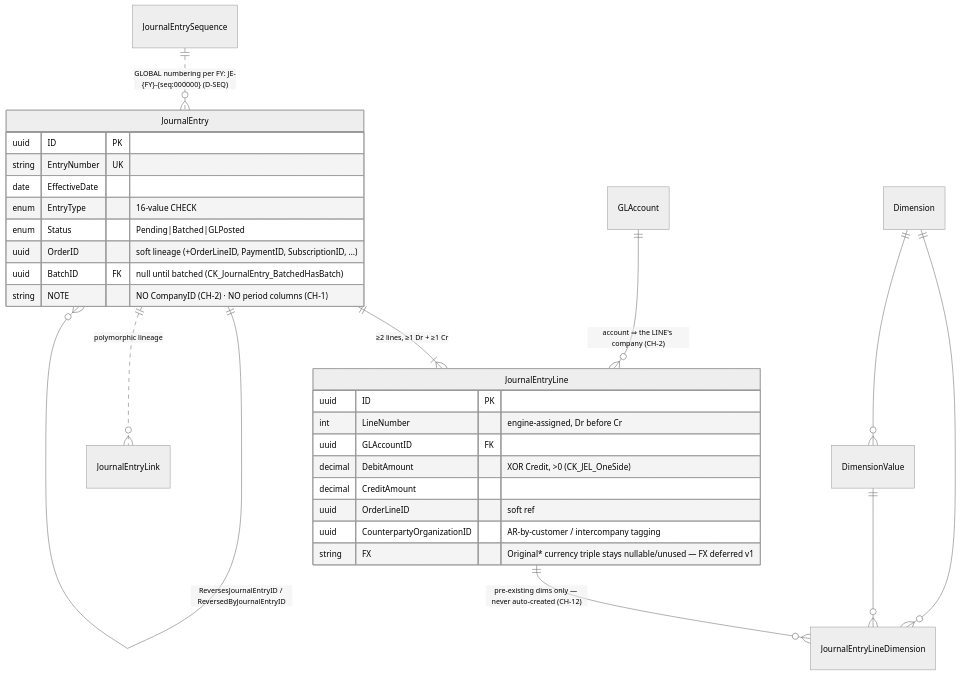
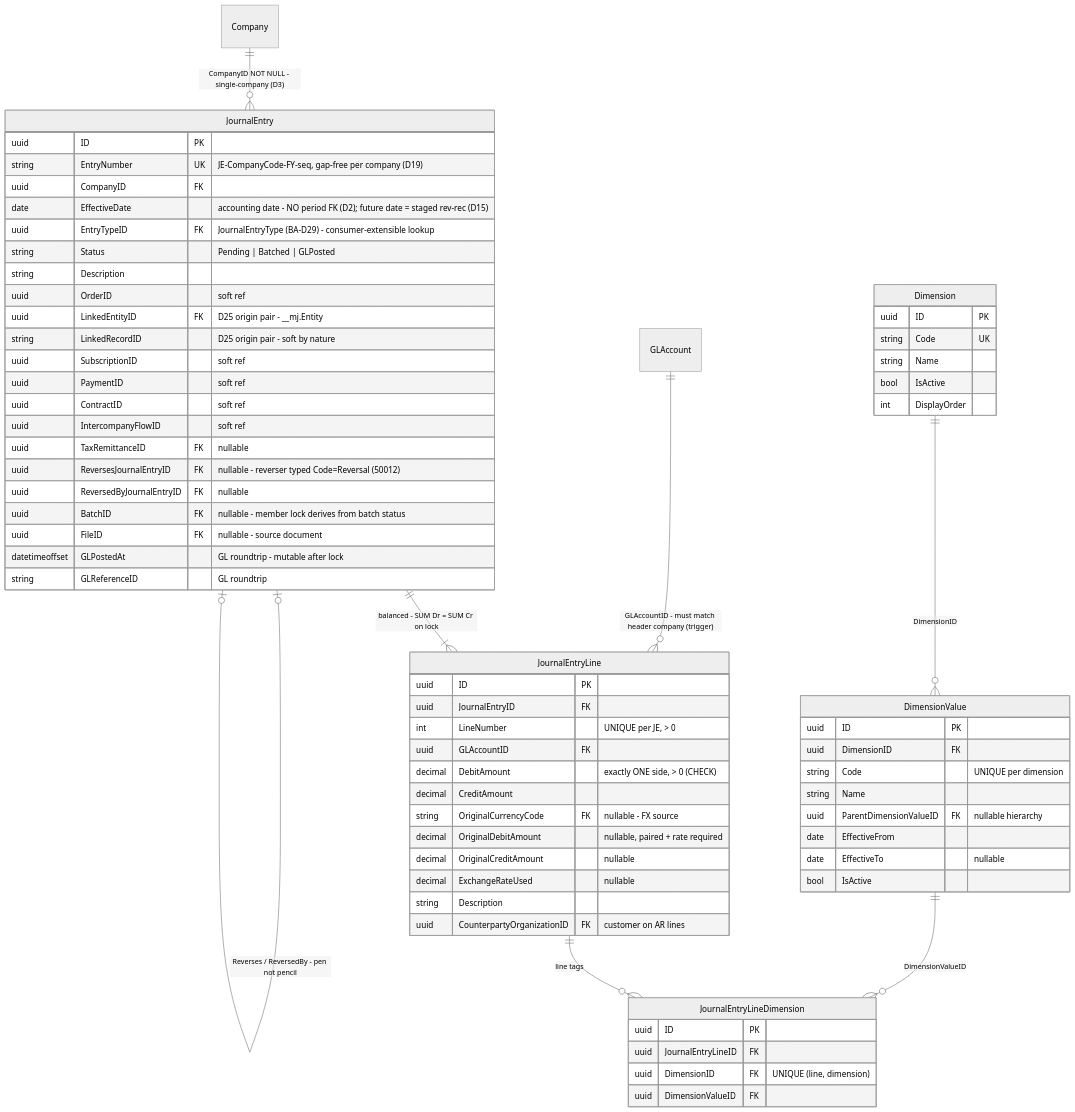
Before and after one commit to MemberJunction/bizapps-accounting: the sixth of 11 diagrams in docs/bizapps-accounting-erd.md, drawn with Mermaid (neutral theme). The commit also changed other lines of this file and 79 other files, not shown here.

````diff
--- a/docs/bizapps-accounting-erd.md
+++ b/docs/bizapps-accounting-erd.md
@@ -66,29 +566,71 @@
 ```mermaid
 erDiagram
-    JournalEntry ||--|{ JournalEntryLine : "≥2 lines, ≥1 Dr + ≥1 Cr"
-    GLAccount ||--o{ JournalEntryLine : "account ⇒ the LINE's company (CH-2)"
-    JournalEntryLine ||--o{ JournalEntryLineDimension : "pre-existing dims only — never auto-created (CH-12)"
-    Dimension ||--o{ JournalEntryLineDimension : ""
-    DimensionValue ||--o{ JournalEntryLineDimension : ""
-    Dimension ||--o{ DimensionValue : ""
-    JournalEntry ||--o{ JournalEntry : "ReversesJournalEntryID / ReversedByJournalEntryID"
-    JournalEntry ||..o{ JournalEntryLink : "polymorphic lineage"
-    JournalEntrySequence ||..o{ JournalEntry : "GLOBAL numbering per FY: JE-{FY}-{seq:000000} (D-SEQ)"
+    Company ||--o{ JournalEntry : "CompanyID NOT NULL - single-company (D3)"
+    JournalEntry ||--|{ JournalEntryLine : "balanced - SUM Dr = SUM Cr on lock"
+    GLAccount ||--o{ JournalEntryLine : "GLAccountID - must match header company (trigger)"
+    JournalEntry |o--o| JournalEntry : "Reverses / ReversedBy - pen not pencil"
+    JournalEntryLine ||--o{ JournalEntryLineDimension : "line tags"
+    Dimension ||--o{ DimensionValue : "DimensionID"
+    DimensionValue ||--o{ JournalEntryLineDimension : "DimensionValueID"
 
-    JournalEntry { uuid ID PK
-                   string EntryNumber UK
-                   date EffectiveDate
-                   enum EntryType "16-value CHECK"
-                   enum Status "Pending|Batched|GLPosted"
-                   uuid OrderID "soft lineage (+OrderLineID, PaymentID, SubscriptionID, …)"
-                   uuid BatchID FK "null until batched (CK_JournalEntry_BatchedHasBatch)"
-                   string NOTE "NO CompanyID (CH-2) · NO period columns (CH-1)" }
-    JournalEntryLine { uuid ID PK
-                       int LineNumber "engine-assigned, Dr before Cr"
-                       uuid GLAccountID FK
-                       decimal DebitAmount "XOR Credit, >0 (CK_JEL_OneSide)"
-                       decimal CreditAmount ""
-                       uuid OrderLineID "soft ref"
-                       uuid CounterpartyOrganizationID "AR-by-customer / intercompany tagging"
-                       string FX "Original* currency triple stays nullable/unused — FX deferred v1" }
+    JournalEntry {
+        uuid ID PK
+        string EntryNumber UK "JE-CompanyCode-FY-seq, gap-free per company (D19)"
+        uuid CompanyID FK
+        date EffectiveDate "accounting date - NO period FK (D2); future date = staged rev-rec (D15)"
+        uuid EntryTypeID FK "JournalEntryType (BA-D29) - consumer-extensible lookup"
+        string Status "Pending | Batched | GLPosted"
+        string Description
+        uuid OrderID "soft ref"
+        uuid LinkedEntityID FK "D25 origin pair - __mj.Entity"
+        string LinkedRecordID "D25 origin pair - soft by nature"
+        uuid SubscriptionID "soft ref"
+        uuid PaymentID "soft ref"
+        uuid ContractID "soft ref"
+        uuid IntercompanyFlowID "soft ref"
+        uuid TaxRemittanceID FK "nullable"
+        uuid ReversesJournalEntryID FK "nullable - reverser typed Code=Reversal (50012)"
+        uuid ReversedByJournalEntryID FK "nullable"
+        uuid BatchID FK "nullable - member lock derives from batch status"
+        uuid FileID FK "nullable - source document"
+        datetimeoffset GLPostedAt "GL roundtrip - mutable after lock"
+        string GLReferenceID "GL roundtrip"
+    }
+    JournalEntryLine {
+        uuid ID PK
+        uuid JournalEntryID FK
+        int LineNumber "UNIQUE per JE, > 0"
+        uuid GLAccountID FK
+        decimal DebitAmount "exactly ONE side, > 0 (CHECK)"
+        decimal CreditAmount
+        string OriginalCurrencyCode FK "nullable - FX source"
+        decimal OriginalDebitAmount "nullable, paired + rate required"
+        decimal OriginalCreditAmount "nullable"
+        decimal ExchangeRateUsed "nullable"
+        string Description
+        uuid CounterpartyOrganizationID FK "customer on AR lines"
+    }
+    JournalEntryLineDimension {
+        uuid ID PK
+        uuid JournalEntryLineID FK
+        uuid DimensionID FK "UNIQUE (line, dimension)"
+        uuid DimensionValueID FK
+    }
+    Dimension {
+        uuid ID PK
+        string Code UK
+        string Name
+        bool IsActive
+        int DisplayOrder
+    }
+    DimensionValue {
+        uuid ID PK
+        uuid DimensionID FK
+        string Code "UNIQUE per dimension"
+        string Name
+        uuid ParentDimensionValueID FK "nullable hierarchy"
+        date EffectiveFrom
+        date EffectiveTo "nullable"
+        bool IsActive
+    }
 ```
````
